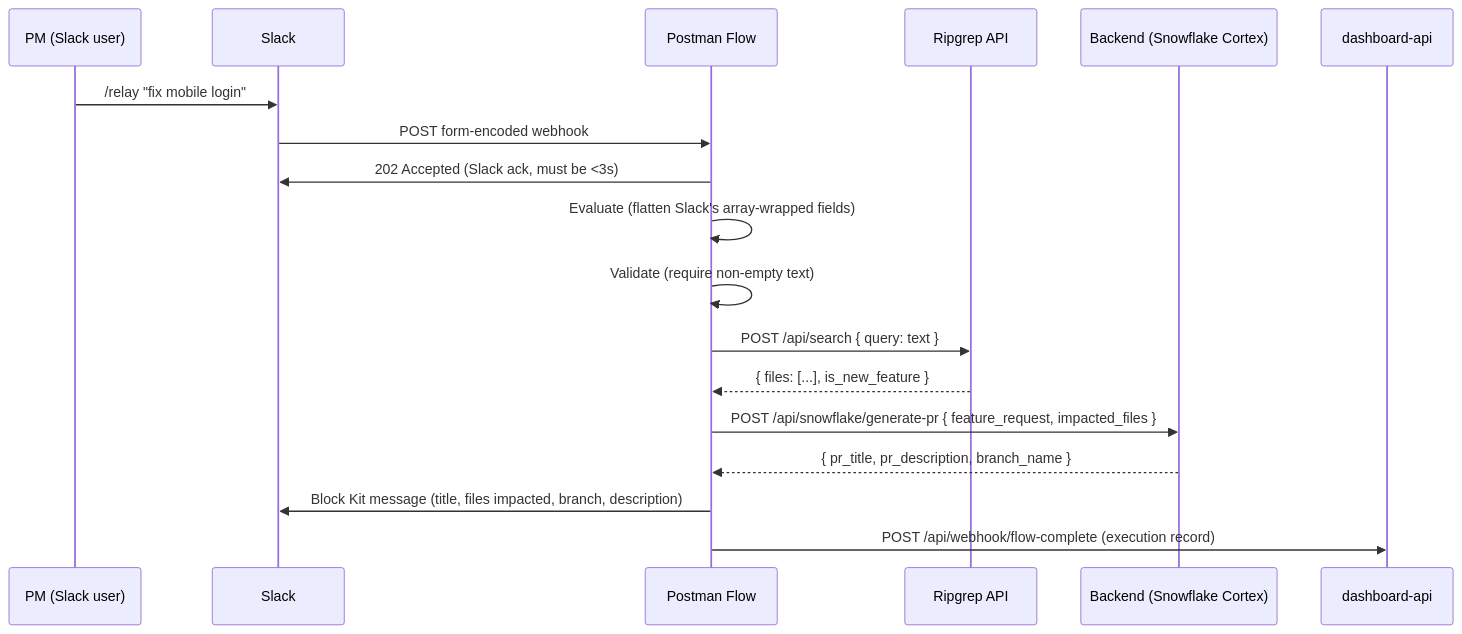
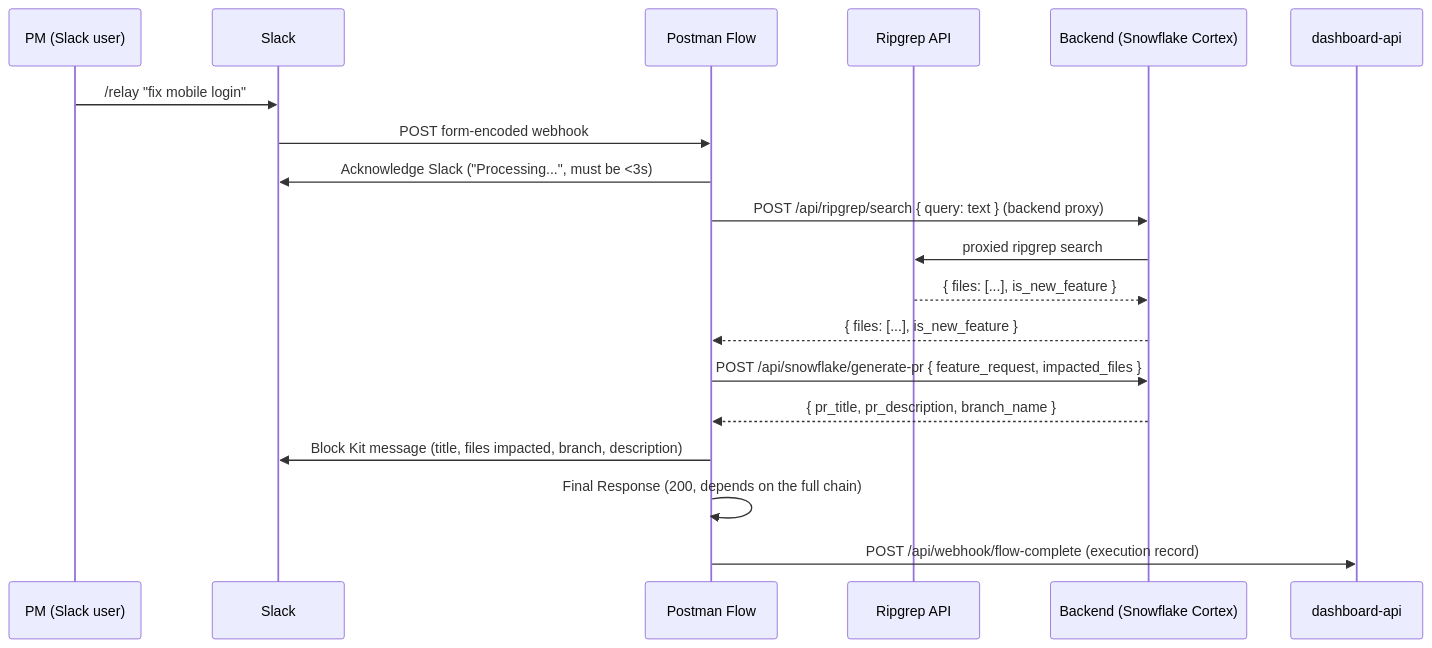
Before and after one commit to V-prajit/relay: the second of 2 diagrams in README.md, drawn with Mermaid. The commit also changed other lines of this file, not shown here.

First line of the commit message:
docs: fix diagrams to match exported flow JSON, not ARCHITECTURE.md design

````diff
--- a/README.md
+++ b/README.md
@@ -66,21 +68,22 @@
 ```mermaid
 sequenceDiagram
     participant U as PM (Slack user)
     participant S as Slack
     participant F as Postman Flow
     participant R as Ripgrep API
     participant B as Backend (Snowflake Cortex)
     participant D as dashboard-api
 
     U->>S: /relay "fix mobile login"
     S->>F: POST form-encoded webhook
-    F->>S: 202 Accepted (Slack ack, must be <3s)
-    F->>F: Evaluate (flatten Slack's array-wrapped fields)
-    F->>F: Validate (require non-empty text)
-    F->>R: POST /api/search { query: text }
-    R-->>F: { files: [...], is_new_feature }
+    F->>S: Acknowledge Slack ("Processing...", must be <3s)
+    F->>B: POST /api/ripgrep/search { query: text } (backend proxy)
+    B->>R: proxied ripgrep search
+    R-->>B: { files: [...], is_new_feature }
+    B-->>F: { files: [...], is_new_feature }
     F->>B: POST /api/snowflake/generate-pr { feature_request, impacted_files }
     B-->>F: { pr_title, pr_description, branch_name }
     F->>S: Block Kit message (title, files impacted, branch, description)
+    F->>F: Final Response (200, depends on the full chain)
     F->>D: POST /api/webhook/flow-complete (execution record)
 ```
````
